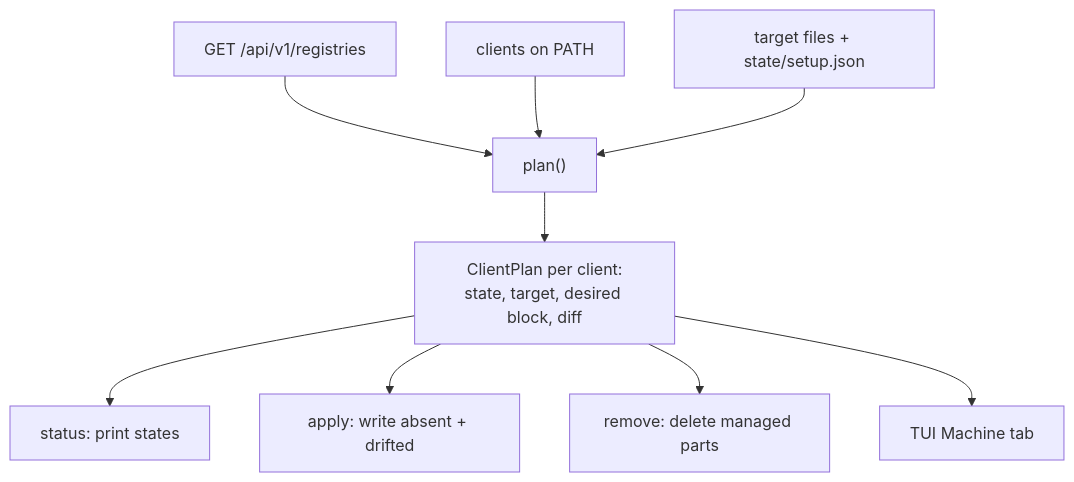
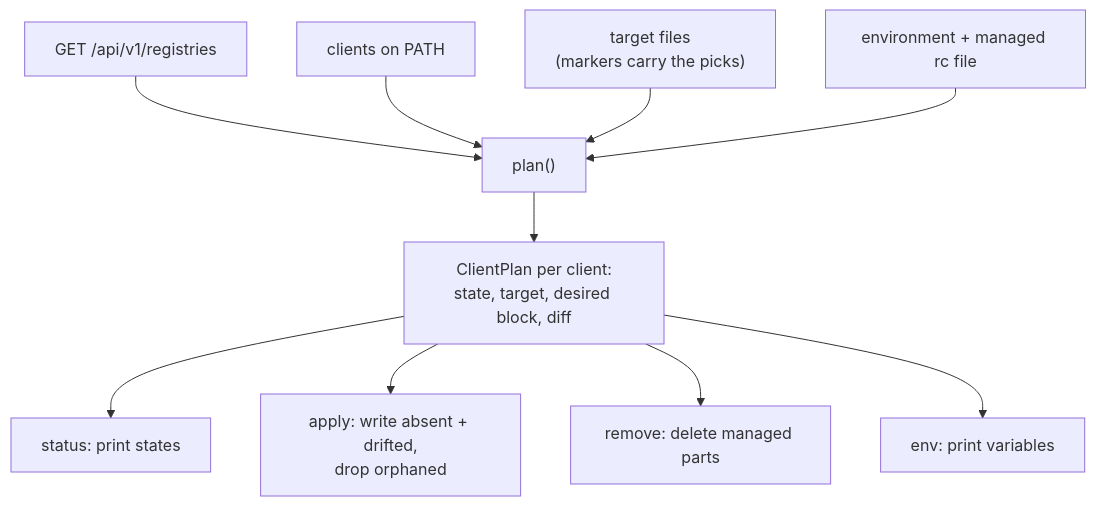
One commit to batlehub/batlehub changed the second of 2 diagrams in docs/rfc/0038-client-setup-apply.md. Above: the diagram before and after it, drawn with Mermaid. The commit also changed other lines of this file and 18 other files, not shown here.

````diff
--- a/docs/rfc/0038-client-setup-apply.md
+++ b/docs/rfc/0038-client-setup-apply.md
@@ -287,11 +374,12 @@
 ```mermaid
 flowchart TD
     S["GET /api/v1/registries"] --> P["plan()"]
     C["clients on PATH"] --> P
-    F["target files + state/setup.json"] --> P
+    F["target files<br/>(markers carry the picks)"] --> P
+    E["environment + managed rc file"] --> P
     P --> T["ClientPlan per client:<br/>state, target, desired block, diff"]
     T --> ST["status: print states"]
-    T --> AP["apply: write absent + drifted"]
+    T --> AP["apply: write absent + drifted,<br/>drop orphaned"]
     T --> RM["remove: delete managed parts"]
-    T --> TUI["TUI Machine tab"]
+    T --> EN["env: print variables"]
 ```
````
